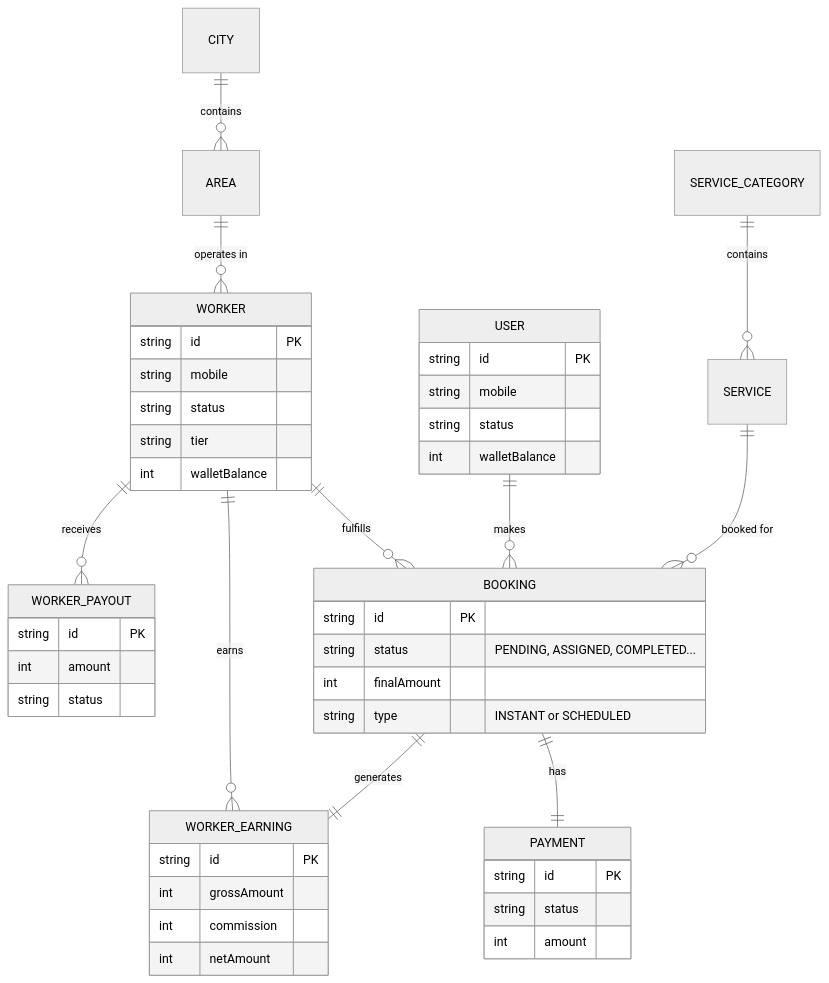
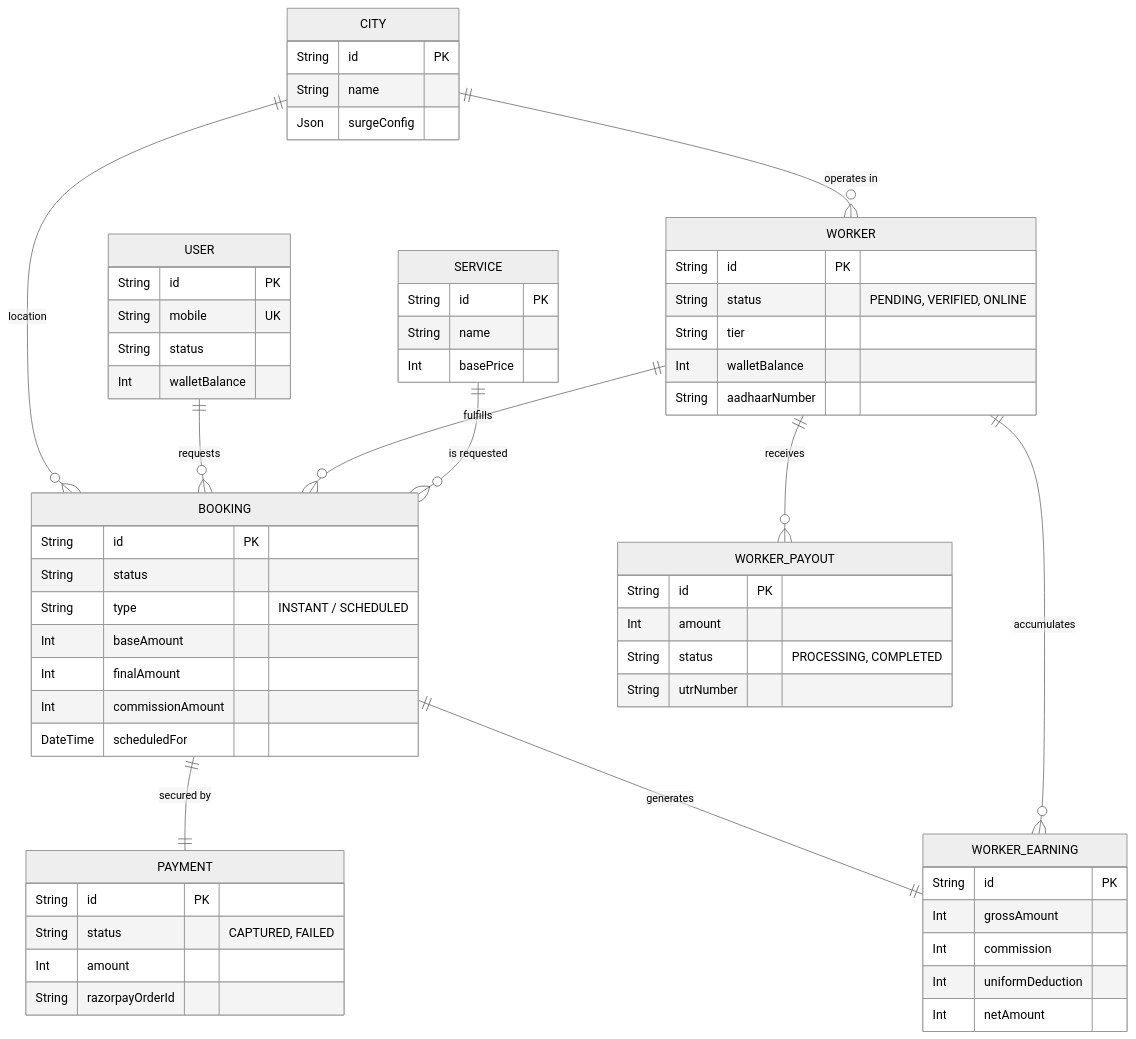
One commit to inistnt/inistnt changed the second of 4 diagrams in README.md. Above: the diagram before and after it, drawn with Mermaid (neutral theme). The commit also changed other lines of this file, not shown here.

````diff
--- a/README.md
+++ b/README.md
@@ -94,61 +139,76 @@
 ```mermaid
 erDiagram
-    %% Geography
-    CITY ||--o{ AREA : contains
-    AREA ||--o{ WORKER : "operates in"
-    
-    %% Identity
+    %% Core Entities
     USER {
-        string id PK
-        string mobile
-        string status
-        int walletBalance
+        String id PK
+        String mobile UK
+        String status
+        Int walletBalance
     }
     
     WORKER {
-        string id PK
-        string mobile
-        string status
-        string tier
-        int walletBalance
+        String id PK
+        String status "PENDING, VERIFIED, ONLINE"
+        String tier
+        Int walletBalance
+        String aadhaarNumber
     }
 
-    %% Catalog
-    SERVICE_CATEGORY ||--o{ SERVICE : contains
-    SERVICE ||--o{ BOOKING : "booked for"
-
-    %% Operations
-    BOOKING {
-        string id PK
-        string status "PENDING, ASSIGNED, COMPLETED..."
-        int finalAmount
-        string type "INSTANT or SCHEDULED"
+    CITY {
+        String id PK
+        String name
+        Json surgeConfig
+    }
+    
+    SERVICE {
+        String id PK
+        String name
+        Int basePrice
     }
 
-    USER ||--o{ BOOKING : makes
-    WORKER ||--o{ BOOKING : fulfills
-    
-    %% Finance
+    BOOKING {
+        String id PK
+        String status
+        String type "INSTANT / SCHEDULED"
+        Int baseAmount
+        Int finalAmount
+        Int commissionAmount
+        DateTime scheduledFor
+    }
+
     PAYMENT {
-        string id PK
-        string status
-        int amount
+        String id PK
+        String status "CAPTURED, FAILED"
+        Int amount
+        String razorpayOrderId
     }
-    BOOKING ||--|| PAYMENT : has
-    
+
     WORKER_EARNING {
-        string id PK
-        int grossAmount
-        int commission
-        int netAmount
+        String id PK
+        Int grossAmount
+        Int commission
+        Int uniformDeduction
+        Int netAmount
     }
-    WORKER ||--o{ WORKER_EARNING : earns
-    BOOKING ||--|| WORKER_EARNING : generates
 
     WORKER_PAYOUT {
-        string id PK
-        int amount
-        string status
+        String id PK
+        Int amount
+        String status "PROCESSING, COMPLETED"
+        String utrNumber
     }
-    WORKER ||--o{ WORKER_PAYOUT : receives
+
+    %% Relationships
+    CITY ||--o{ WORKER : "operates in"
+    CITY ||--o{ BOOKING : "location"
+    
+    USER ||--o{ BOOKING : "requests"
+    WORKER ||--o{ BOOKING : "fulfills"
+    SERVICE ||--o{ BOOKING : "is requested"
+    
+    BOOKING ||--|| PAYMENT : "secured by"
+    BOOKING ||--|| WORKER_EARNING : "generates"
+    
+    WORKER ||--o{ WORKER_EARNING : "accumulates"
+    WORKER ||--o{ WORKER_PAYOUT : "receives"
 ```
````
